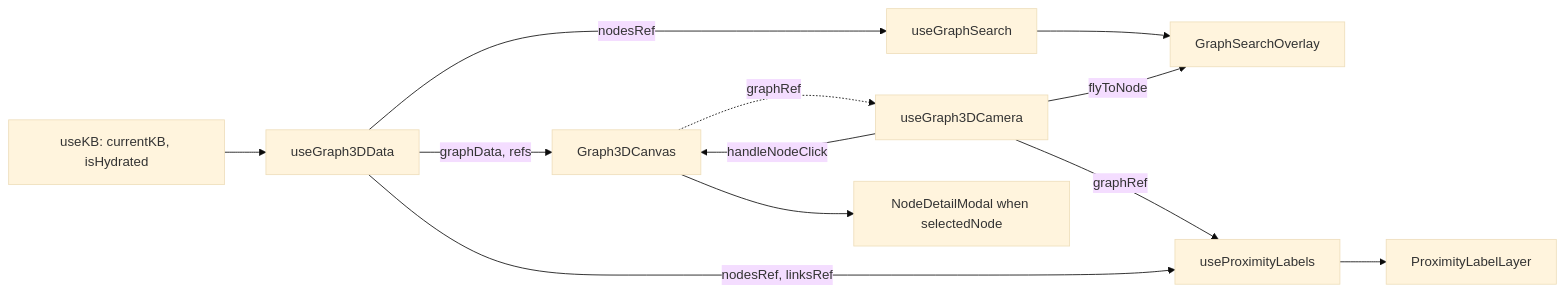
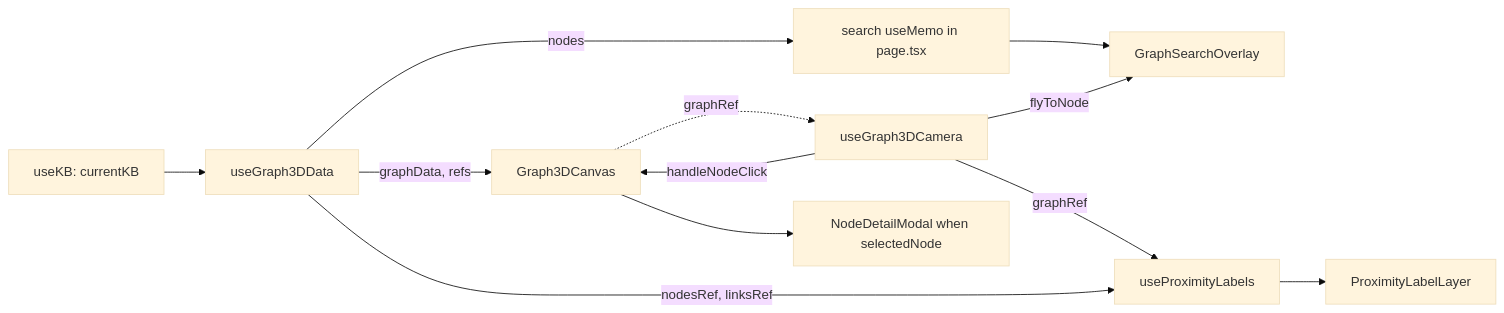
Before and after one commit to josetseph/Orb: the diagram in Docs/20-frontend-chat-graph-and-pages.md, drawn with Mermaid (base theme). The commit also changed other lines of this file and 159 other files, not shown here.

````diff
--- a/Docs/20-frontend-chat-graph-and-pages.md
+++ b/Docs/20-frontend-chat-graph-and-pages.md
@@ -113,14 +113,14 @@
 ```mermaid
 flowchart LR
-  KB[useKB: currentKB, isHydrated] --> D[useGraph3DData]
+  KB[useKB: currentKB] --> D[useGraph3DData]
   D -->|graphData, refs| C[Graph3DCanvas]
-  D -->|nodesRef| S[useGraphSearch]
+  D -->|nodes| S[search useMemo in page.tsx]
   S --> O[GraphSearchOverlay]
   C -. graphRef .-> CAM[useGraph3DCamera]
   CAM -->|flyToNode| O
   CAM -->|handleNodeClick| C
   CAM -->|graphRef| L[useProximityLabels]
   D -->|nodesRef, linksRef| L
   L --> PL[ProximityLabelLayer]
   C --> M[NodeDetailModal when selectedNode]
 ```
````
